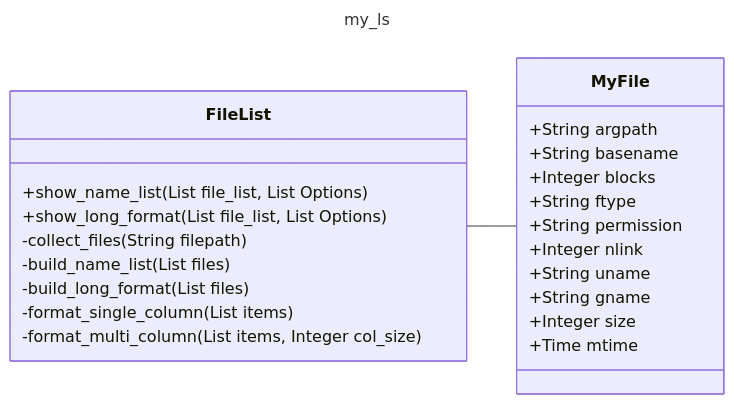
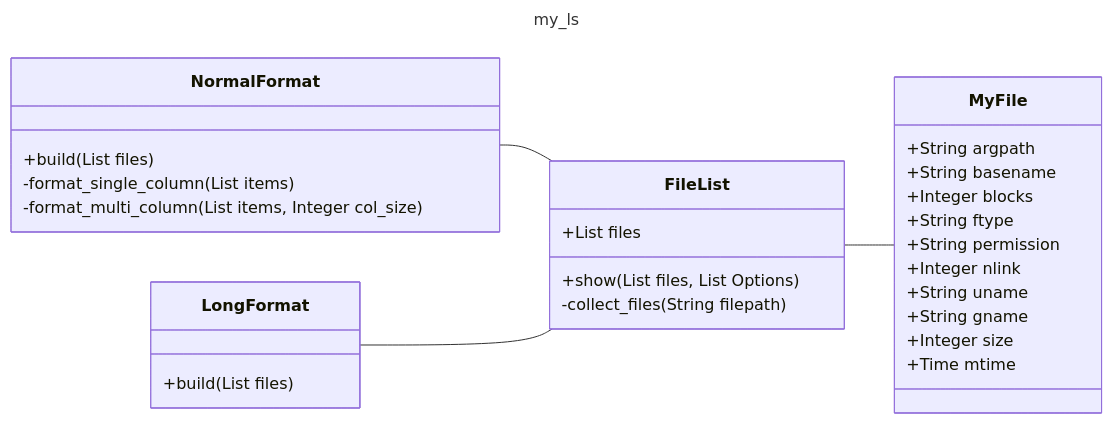
One commit to miyanew/ruby-practices changed the diagram in 07.ls_object/doc/class_diagram.md. Above: the diagram before and after it, drawn with Mermaid.

Commit message:
凝集度を考慮してクラス分け

````diff
--- a/07.ls_object/doc/class_diagram.md
+++ b/07.ls_object/doc/class_diagram.md
@@ -1,30 +1,36 @@
 ```mermaid
 ---
 title: my_ls
 ---
 
 classDiagram
     direction LR
+    NormalFormat -- FileList
+    LongFormat -- FileList
     FileList -- MyFile
-    class FileList{
-      +show_name_list(List file_list, List Options)
-      +show_long_format(List file_list, List Options)
-      -collect_files(String filepath)
-      -build_name_list(List files)
-      -build_long_format(List files)
+    class NormalFormat{
+      +build(List files)
       -format_single_column(List items)
       -format_multi_column(List items, Integer col_size)
+    }
+    class LongFormat{
+      +build(List files)
+    }
+    class FileList{
+      +List files
+      +show(List files, List Options)
+      -collect_files(String filepath)
     }
     class MyFile{
       +String argpath
       +String basename
       +Integer blocks
       +String ftype
       +String permission
       +Integer nlink
       +String uname
       +String gname
       +Integer size
       +Time mtime
     }
 ```
````
